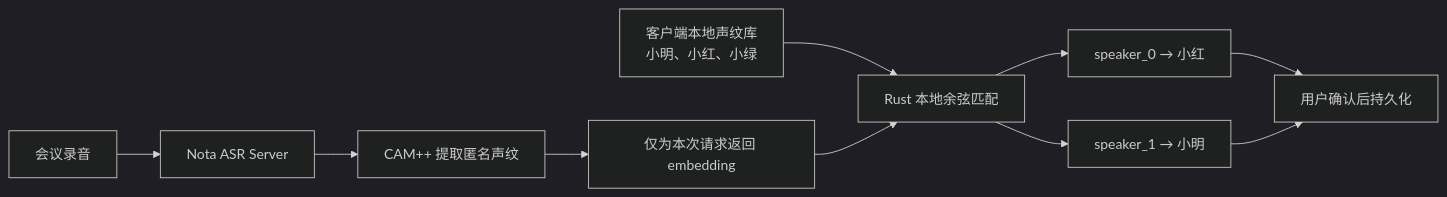
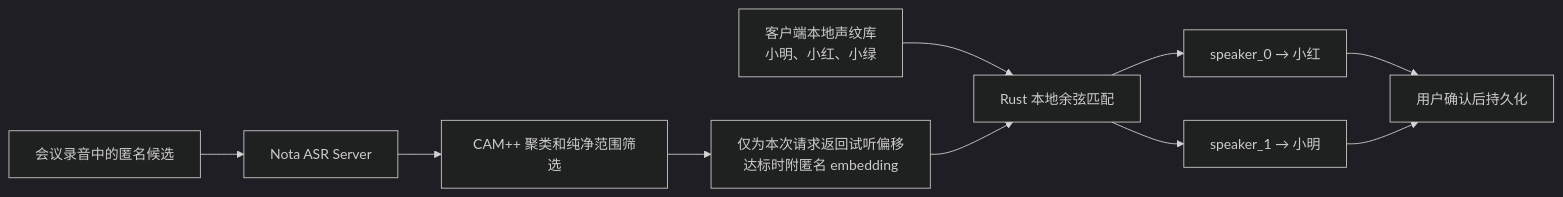
Before and after one commit to kwp-lab/nota: the second of 2 diagrams in docs/speaker-identification.md, drawn with Mermaid (dark theme). The commit also changed other lines of this file and 17 other files, not shown here.

````diff
--- a/docs/speaker-identification.md
+++ b/docs/speaker-identification.md
@@ -27,12 +31,12 @@
 ```mermaid
 flowchart LR
-    A["会议录音"] --> B["Nota ASR Server"]
-    B --> C["CAM++ 提取匿名声纹"]
-    C --> D["仅为本次请求返回 embedding"]
+    A["会议录音中的匿名候选"] --> B["Nota ASR Server"]
+    B --> C["CAM++ 聚类和纯净范围筛选"]
+    C --> D["仅为本次请求返回试听偏移<br/>达标时附匿名 embedding"]
     E["客户端本地声纹库<br/>小明、小红、小绿"] --> F["Rust 本地余弦匹配"]
     D --> F
     F --> G["speaker_0 → 小红"]
     F --> H["speaker_1 → 小明"]
     G --> I["用户确认后持久化"]
     H --> I
 ```
````
